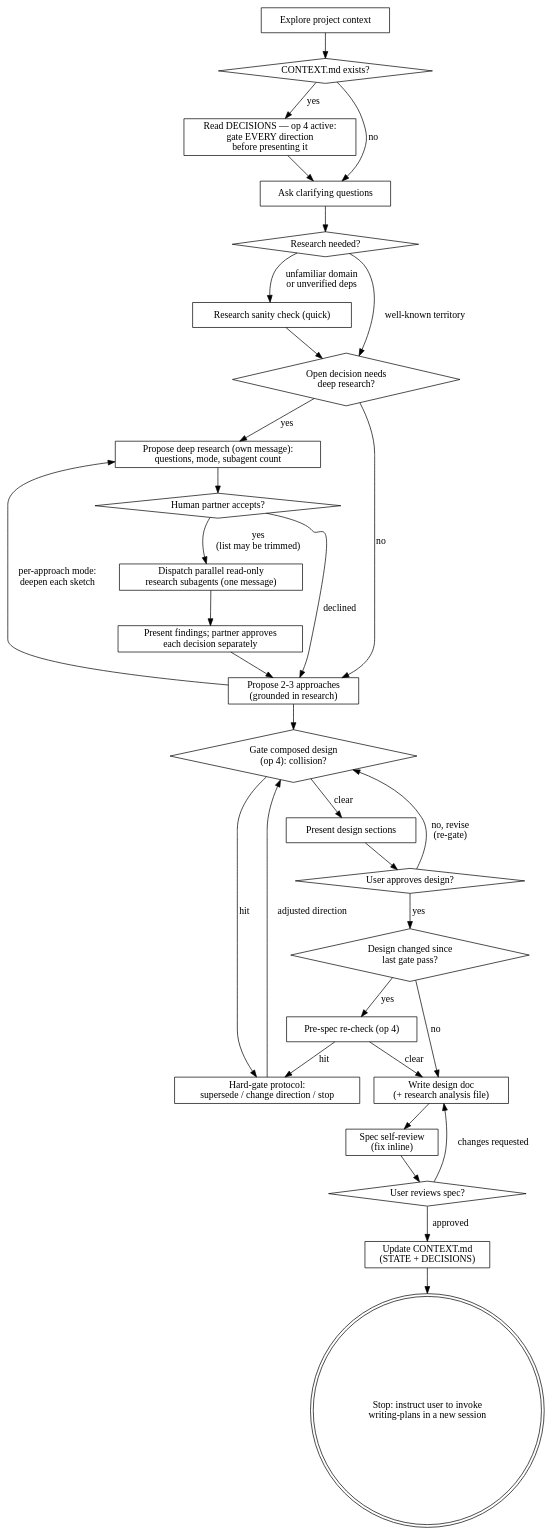
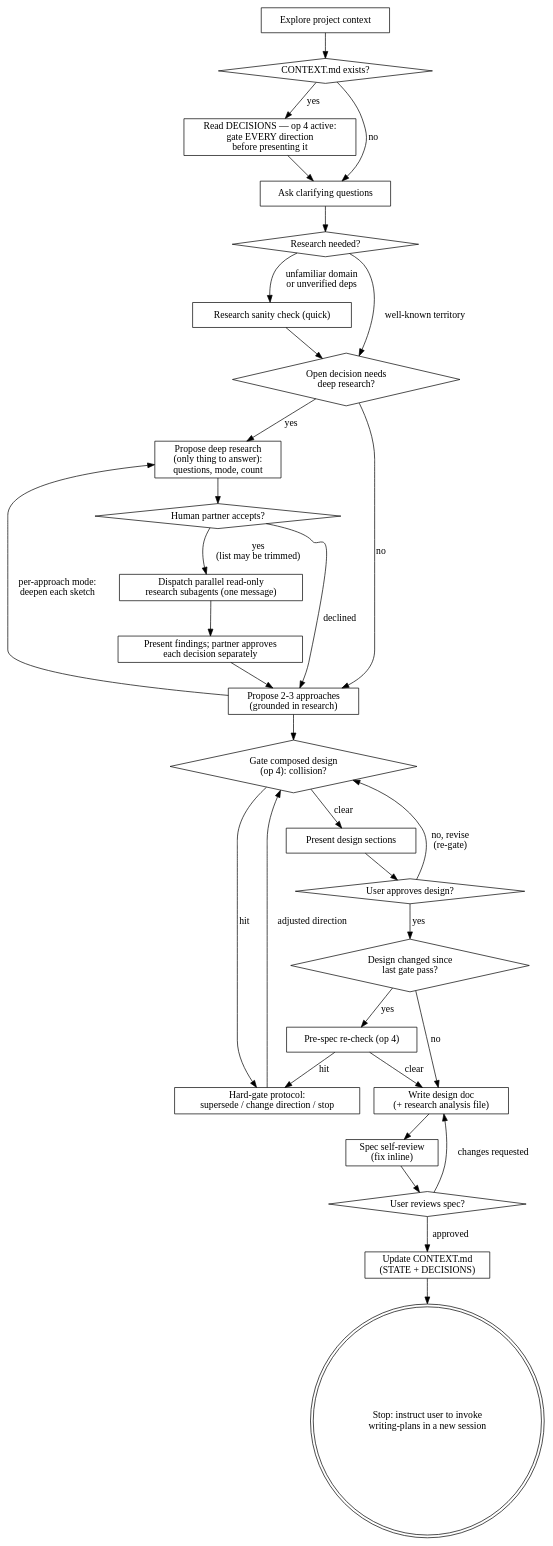
One commit to jacek2v/superpowers-j2v changed the diagram in skills/brainstorming/SKILL.md. Above: the diagram before and after it, drawn with Graphviz.

Commit message:
fix(brainstorming): update the Process Flow node that still said 'own message'
The digraph summarises the same flow as the prose above it and still labelled
the node 'Propose deep research (own message)', contradicting 532ad47 in the
same file. Relabelled to '(only thing to answer)' in all 4 occurrences — one
node declaration and three edge endpoints — so no phantom node appears.
Graph unchanged structurally: 23 nodes, 32 edges, same as before.

````diff
--- a/skills/brainstorming/SKILL.md
+++ b/skills/brainstorming/SKILL.md
@@ -56,60 +56,60 @@
 ```dot
 digraph brainstorming {
     "Explore project context" [shape=box];
     "CONTEXT.md exists?" [shape=diamond];
     "Read DECISIONS — op 4 active:\ngate EVERY direction\nbefore presenting it" [shape=box];
     "Ask clarifying questions" [shape=box];
     "Research needed?" [shape=diamond];
     "Research sanity check (quick)" [shape=box];
     "Open decision needs\ndeep research?" [shape=diamond];
-    "Propose deep research (own message):\nquestions, mode, subagent count" [shape=box];
+    "Propose deep research\n(only thing to answer):\nquestions, mode, count" [shape=box];
     "Human partner accepts?" [shape=diamond];
     "Dispatch parallel read-only\nresearch subagents (one message)" [shape=box];
     "Present findings; partner approves\neach decision separately" [shape=box];
     "Propose 2-3 approaches\n(grounded in research)" [shape=box];
     "Gate composed design\n(op 4): collision?" [shape=diamond];
     "Hard-gate protocol:\nsupersede / change direction / stop" [shape=box];
     "Present design sections" [shape=box];
     "User approves design?" [shape=diamond];
     "Design changed since\nlast gate pass?" [shape=diamond];
     "Pre-spec re-check (op 4)" [shape=box];
     "Write design doc\n(+ research analysis file)" [shape=box];
     "Spec self-review\n(fix inline)" [shape=box];
     "User reviews spec?" [shape=diamond];
     "Update CONTEXT.md\n(STATE + DECISIONS)" [shape=box];
     "Stop: instruct user to invoke\nwriting-plans in a new session" [shape=doublecircle];
 
     "Explore project context" -> "CONTEXT.md exists?";
     "CONTEXT.md exists?" -> "Read DECISIONS — op 4 active:\ngate EVERY direction\nbefore presenting it" [label="yes"];
     "CONTEXT.md exists?" -> "Ask clarifying questions" [label="no"];
     "Read DECISIONS — op 4 active:\ngate EVERY direction\nbefore presenting it" -> "Ask clarifying questions";
     "Ask clarifying questions" -> "Research needed?";
     "Research needed?" -> "Research sanity check (quick)" [label="unfamiliar domain\nor unverified deps"];
     "Research needed?" -> "Open decision needs\ndeep research?" [label="well-known territory"];
     "Research sanity check (quick)" -> "Open decision needs\ndeep research?";
-    "Open decision needs\ndeep research?" -> "Propose deep research (own message):\nquestions, mode, subagent count" [label="yes"];
+    "Open decision needs\ndeep research?" -> "Propose deep research\n(only thing to answer):\nquestions, mode, count" [label="yes"];
     "Open decision needs\ndeep research?" -> "Propose 2-3 approaches\n(grounded in research)" [label="no"];
-    "Propose deep research (own message):\nquestions, mode, subagent count" -> "Human partner accepts?";
+    "Propose deep research\n(only thing to answer):\nquestions, mode, count" -> "Human partner accepts?";
     "Human partner accepts?" -> "Dispatch parallel read-only\nresearch subagents (one message)" [label="yes\n(list may be trimmed)"];
     "Human partner accepts?" -> "Propose 2-3 approaches\n(grounded in research)" [label="declined"];
     "Dispatch parallel read-only\nresearch subagents (one message)" -> "Present findings; partner approves\neach decision separately";
     "Present findings; partner approves\neach decision separately" -> "Propose 2-3 approaches\n(grounded in research)";
-    "Propose 2-3 approaches\n(grounded in research)" -> "Propose deep research (own message):\nquestions, mode, subagent count" [label="per-approach mode:\ndeepen each sketch"];
+    "Propose 2-3 approaches\n(grounded in research)" -> "Propose deep research\n(only thing to answer):\nquestions, mode, count" [label="per-approach mode:\ndeepen each sketch"];
     "Propose 2-3 approaches\n(grounded in research)" -> "Gate composed design\n(op 4): collision?";
     "Gate composed design\n(op 4): collision?" -> "Hard-gate protocol:\nsupersede / change direction / stop" [label="hit"];
     "Hard-gate protocol:\nsupersede / change direction / stop" -> "Gate composed design\n(op 4): collision?" [label="adjusted direction"];
     "Gate composed design\n(op 4): collision?" -> "Present design sections" [label="clear"];
     "Present design sections" -> "User approves design?";
     "User approves design?" -> "Gate composed design\n(op 4): collision?" [label="no, revise\n(re-gate)"];
     "User approves design?" -> "Design changed since\nlast gate pass?" [label="yes"];
     "Design changed since\nlast gate pass?" -> "Pre-spec re-check (op 4)" [label="yes"];
     "Design changed since\nlast gate pass?" -> "Write design doc\n(+ research analysis file)" [label="no"];
     "Pre-spec re-check (op 4)" -> "Write design doc\n(+ research analysis file)" [label="clear"];
     "Pre-spec re-check (op 4)" -> "Hard-gate protocol:\nsupersede / change direction / stop" [label="hit"];
     "Write design doc\n(+ research analysis file)" -> "Spec self-review\n(fix inline)";
     "Spec self-review\n(fix inline)" -> "User reviews spec?";
     "User reviews spec?" -> "Write design doc\n(+ research analysis file)" [label="changes requested"];
     "User reviews spec?" -> "Update CONTEXT.md\n(STATE + DECISIONS)" [label="approved"];
     "Update CONTEXT.md\n(STATE + DECISIONS)" -> "Stop: instruct user to invoke\nwriting-plans in a new session";
 }
 ```
````
